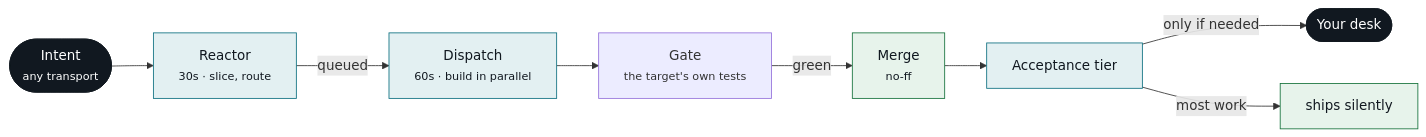
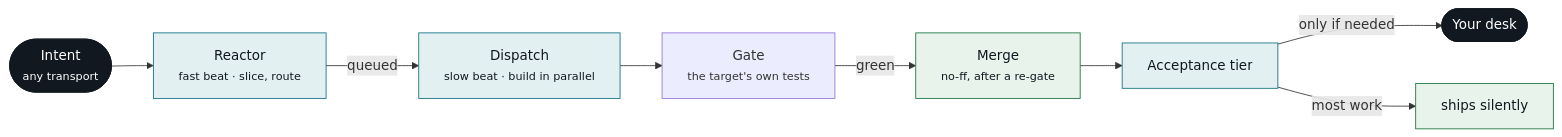
The first of 11 diagrams in docs/plane-flows.md (MrChikns/loopkit), drawn with Mermaid before and after one commit. The commit also changed other lines of this file and 3 other files, not shown here.

````diff
--- a/docs/plane-flows.md
+++ b/docs/plane-flows.md
@@ -25,17 +32,17 @@
 ```mermaid
 flowchart LR
-  IN(["Intent<br/><small>any transport</small>"]) --> R["Reactor<br/><small>30s · slice, route</small>"]
-  R -->|queued| D["Dispatch<br/><small>60s · build in parallel</small>"]
+  IN(["Intent<br/><small>any transport</small>"]) --> R["Reactor<br/><small>fast beat · slice, route</small>"]
+  R -->|queued| D["Dispatch<br/><small>slow beat · build in parallel</small>"]
   D --> G["Gate<br/><small>the target's own tests</small>"]
-  G -->|green| M["Merge<br/><small>no-ff</small>"]
+  G -->|green| M["Merge<br/><small>no-ff, after a re-gate</small>"]
   M --> A["Acceptance tier"]
   A -->|only if needed| YOU(["Your desk"])
   A -->|most work| SILENT["ships silently"]
 
   classDef term fill:#111820,stroke:#111820,color:#ffffff
   classDef step fill:#E3F0F2,stroke:#0B6E7F,color:#111820
   classDef pass fill:#E7F3EB,stroke:#14713A,color:#111820
   class IN,YOU term
   class R,D,A step
   class M,SILENT pass
 ```
````
